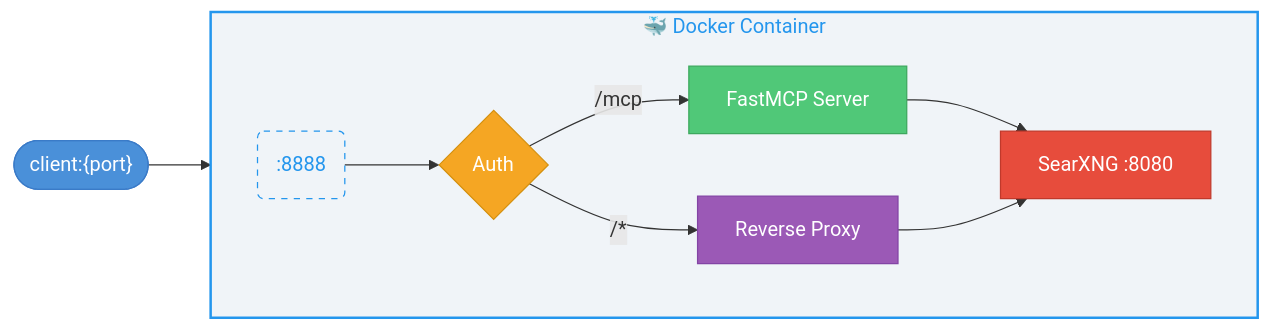
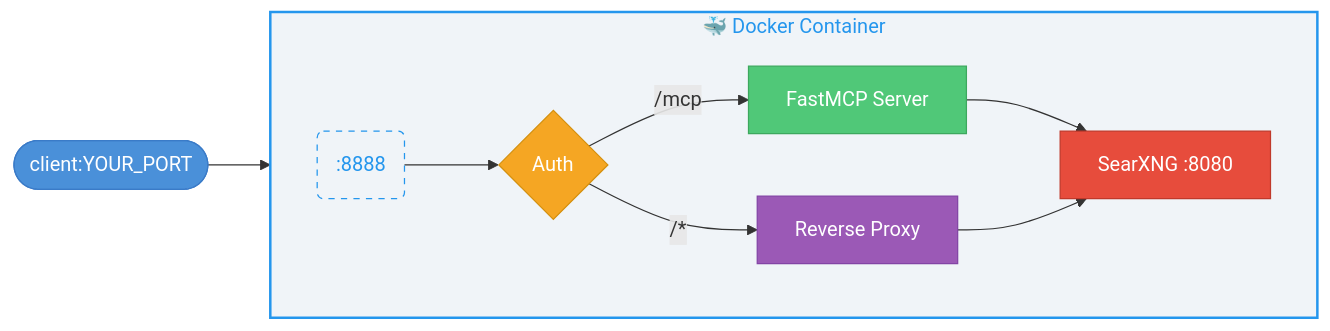
Before and after one commit to whw23/searxng_http_mcp: the diagram in README.md, drawn with Mermaid. The commit also changed other lines of this file and 2 other files, not shown here.

````diff
--- a/README.md
+++ b/README.md
@@ -79,22 +79,22 @@
 ```mermaid
 graph LR
-  Client(["client:{port}"]) --> Expose(":8888")
+  Client(["client:YOUR_PORT"]) --> Expose(":8888")
 
   subgraph Container["🐳 Docker Container"]
     direction LR
     Expose --> Auth{Auth}
     Auth -->|/mcp| MCP[FastMCP Server]
     Auth -->|/*| Proxy[Reverse Proxy]
     MCP --> SearXNG[SearXNG :8080]
     Proxy --> SearXNG
   end
 
   style Expose fill:none,stroke:#2496ed,stroke-dasharray:5 5,color:#2496ed
 
   style Client fill:#4a90d9,color:#fff,stroke:#3a7bc8
   style Container fill:#f0f4f8,stroke:#2496ed,stroke-width:2px,color:#2496ed
   style Auth fill:#f5a623,color:#fff,stroke:#d4900e
   style MCP fill:#50c878,color:#fff,stroke:#3da85e
   style Proxy fill:#9b59b6,color:#fff,stroke:#8344a5
   style SearXNG fill:#e74c3c,color:#fff,stroke:#c0392b
 ```
````
